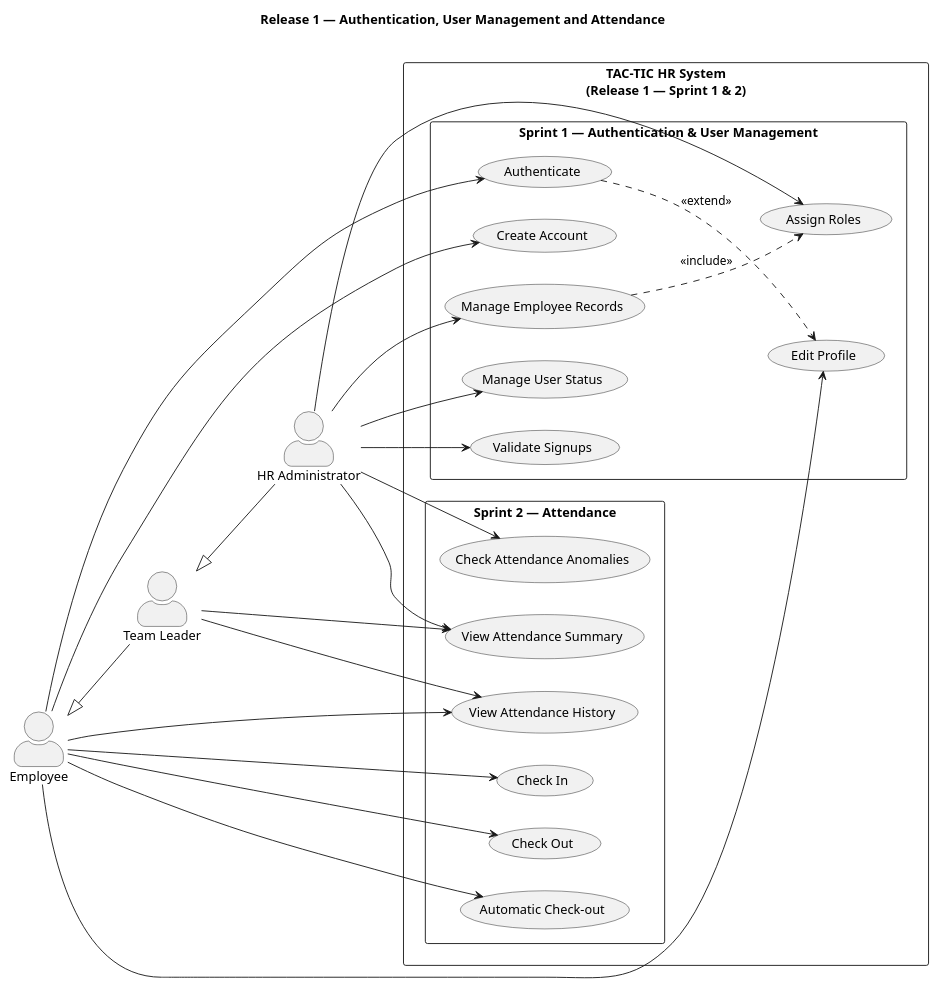
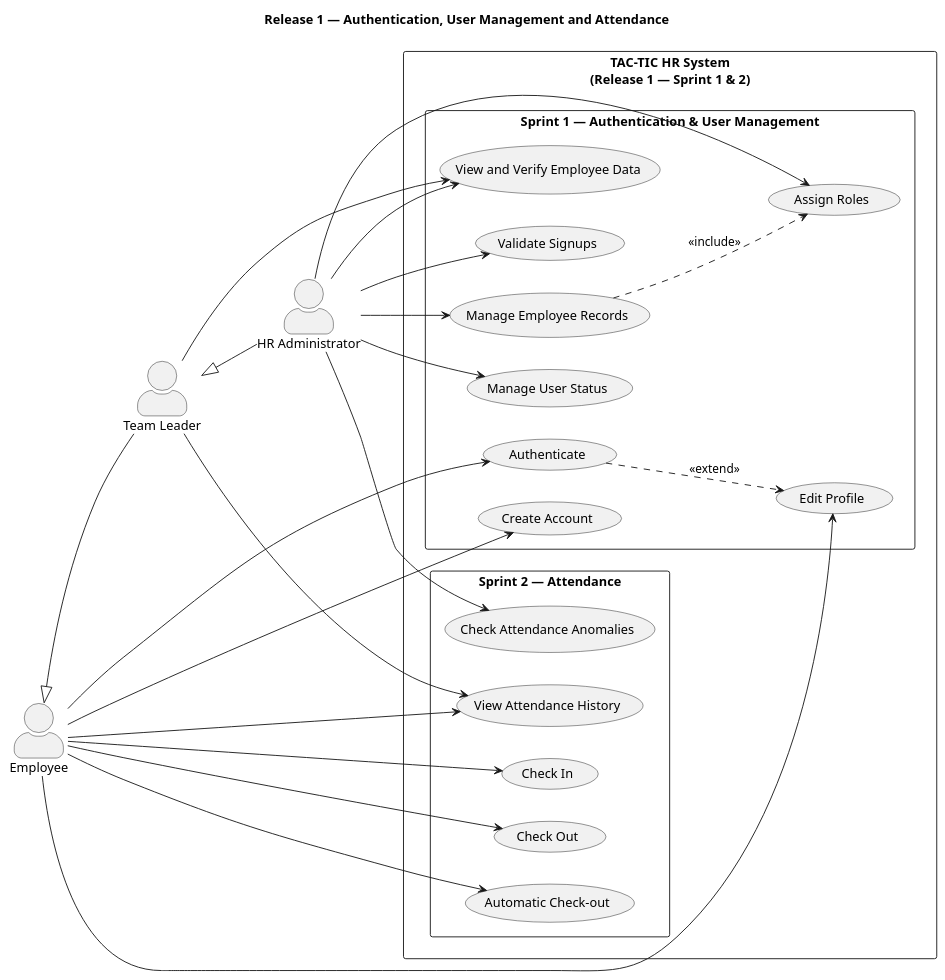
Before and after one commit to Dienbi/PFE-TacTic: the diagram in UML/release1/use-case.puml, drawn with PlantUML. The commit also changed 23 other files, not shown here.

```diff
--- a/UML/release1/use-case.puml
+++ b/UML/release1/use-case.puml
@@ -1,58 +1,58 @@
 @startuml release1_use_case
 left to right direction
 skinparam packageStyle rectangle
 skinparam actorStyle awesome
 
 title Release 1 — Authentication, User Management and Attendance
 
 actor "Employee" as Emp
 actor "Team Leader" as Chef
 actor "HR Administrator" as RH
 
 Emp <|-- Chef
 Chef <|-- RH
 
 rectangle "TAC-TIC HR System\n(Release 1 — Sprint 1 & 2)" as System {
 
   package "Sprint 1 — Authentication & User Management" {
     usecase "Authenticate" as UC_Auth
     usecase "Create Account" as UC_Register
     usecase "Edit Profile" as UC_Profile
+    usecase "View and Verify Employee Data" as UC_ViewEmp
     usecase "Manage Employee Records" as UC_ManageEmp
     usecase "Assign Roles" as UC_Roles
     usecase "Manage User Status" as UC_Status
     usecase "Validate Signups" as UC_ValidateSignup
   }
 
   package "Sprint 2 — Attendance" {
     usecase "Check In" as UC_CheckIn
     usecase "Check Out" as UC_CheckOut
     usecase "View Attendance History" as UC_History
     usecase "Automatic Check-out" as UC_AutoOut
-    usecase "View Attendance Summary" as UC_Summary
     usecase "Check Attendance Anomalies" as UC_Anomalies
   }
 
   UC_Auth ..> UC_Profile : <<extend>>
   UC_ManageEmp ..> UC_Roles : <<include>>
 }
 
 Emp --> UC_Auth
 Emp --> UC_Register
 Emp --> UC_Profile
 Emp --> UC_CheckIn
 Emp --> UC_CheckOut
 Emp --> UC_History
 Emp --> UC_AutoOut
 
 Chef --> UC_History
-Chef --> UC_Summary
+Chef --> UC_ViewEmp
 
+RH --> UC_ViewEmp
 RH --> UC_ManageEmp
 RH --> UC_Roles
 RH --> UC_Status
 RH --> UC_ValidateSignup
-RH --> UC_Summary
 RH --> UC_Anomalies
 
 @enduml
```
